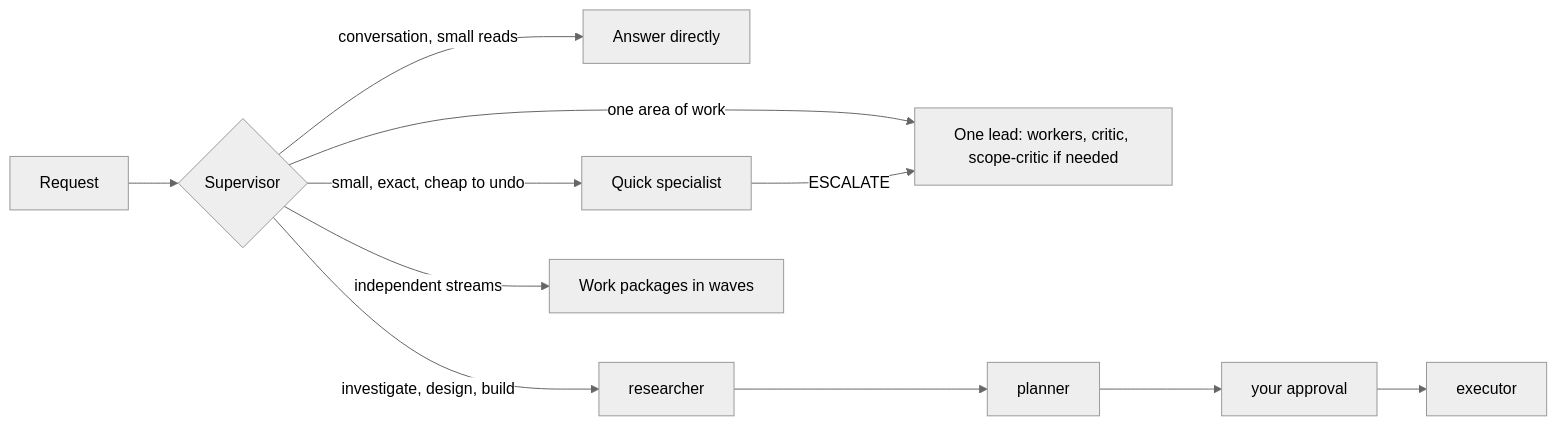
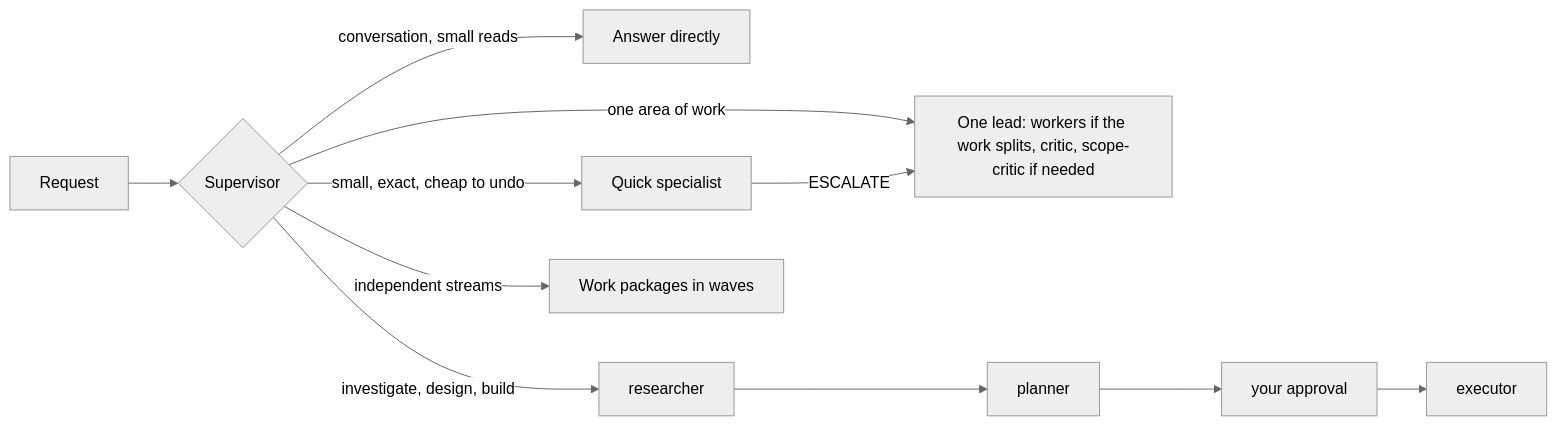
One commit to sly2j/claude-supervisor changed the first of 3 diagrams in README.md. Above: the diagram before and after it, drawn with Mermaid (neutral theme). The commit also changed other lines of this file and 3 other files, not shown here.

First line of the commit message:
docs: sync README and docs with uniform single-unit leads and Fable writer; architecture.md readability pass (v6.7)

````diff
--- a/README.md
+++ b/README.md
@@ -84,10 +83,10 @@
 ```mermaid
 flowchart LR
   R[Request] --> S{Supervisor}
   S -->|conversation, small reads| D[Answer directly]
   S -->|small, exact, cheap to undo| Q[Quick specialist]
-  S -->|one area of work| L["One lead: workers, critic, scope-critic if needed"]
+  S -->|one area of work| L["One lead: workers if the work splits, critic, scope-critic if needed"]
   S -->|investigate, design, build| C1[researcher] --> C2[planner] --> C3[your approval] --> C4[executor]
   S -->|independent streams| W[Work packages in waves]
   Q -->|ESCALATE| L
 ```
````
